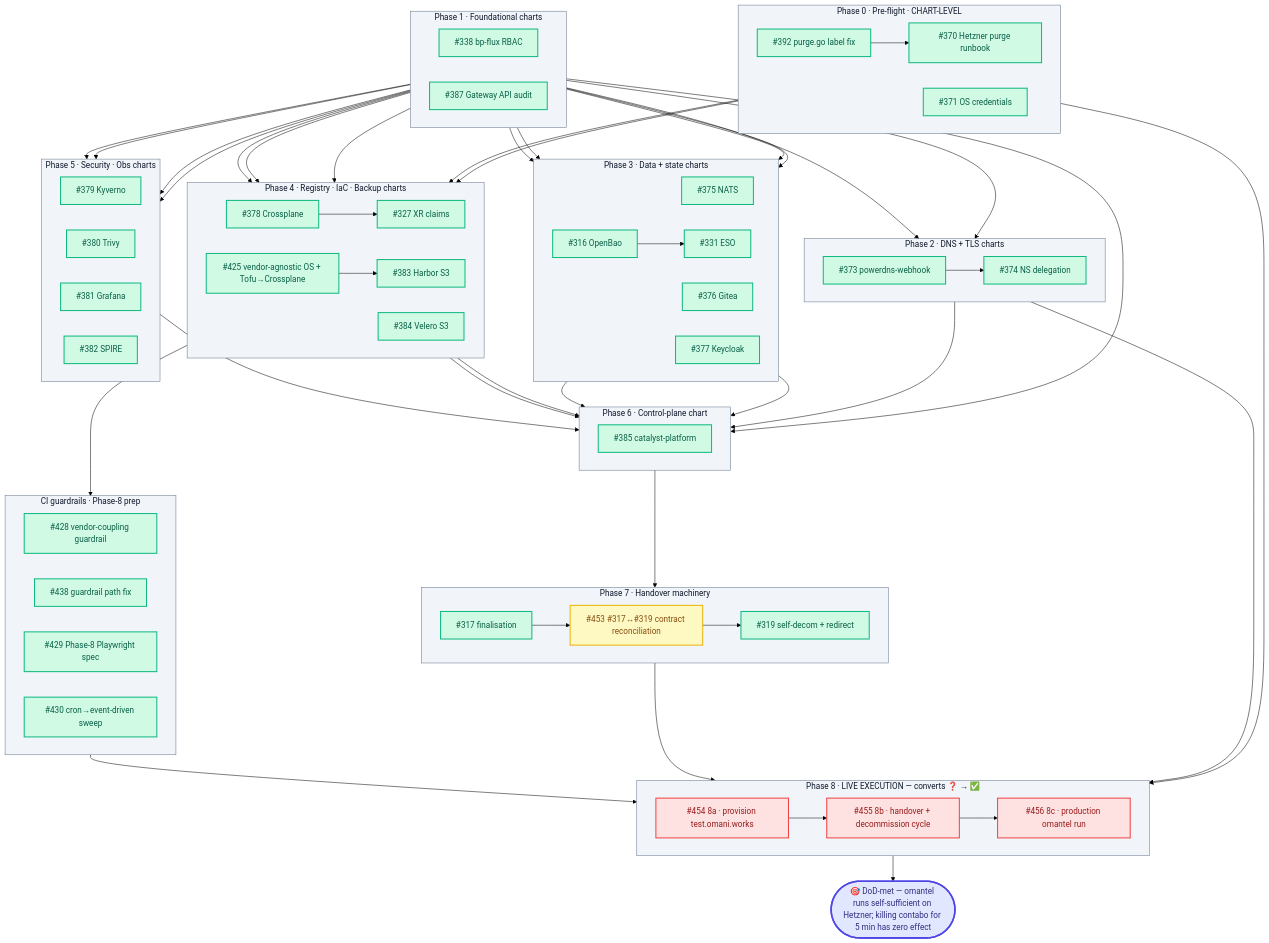
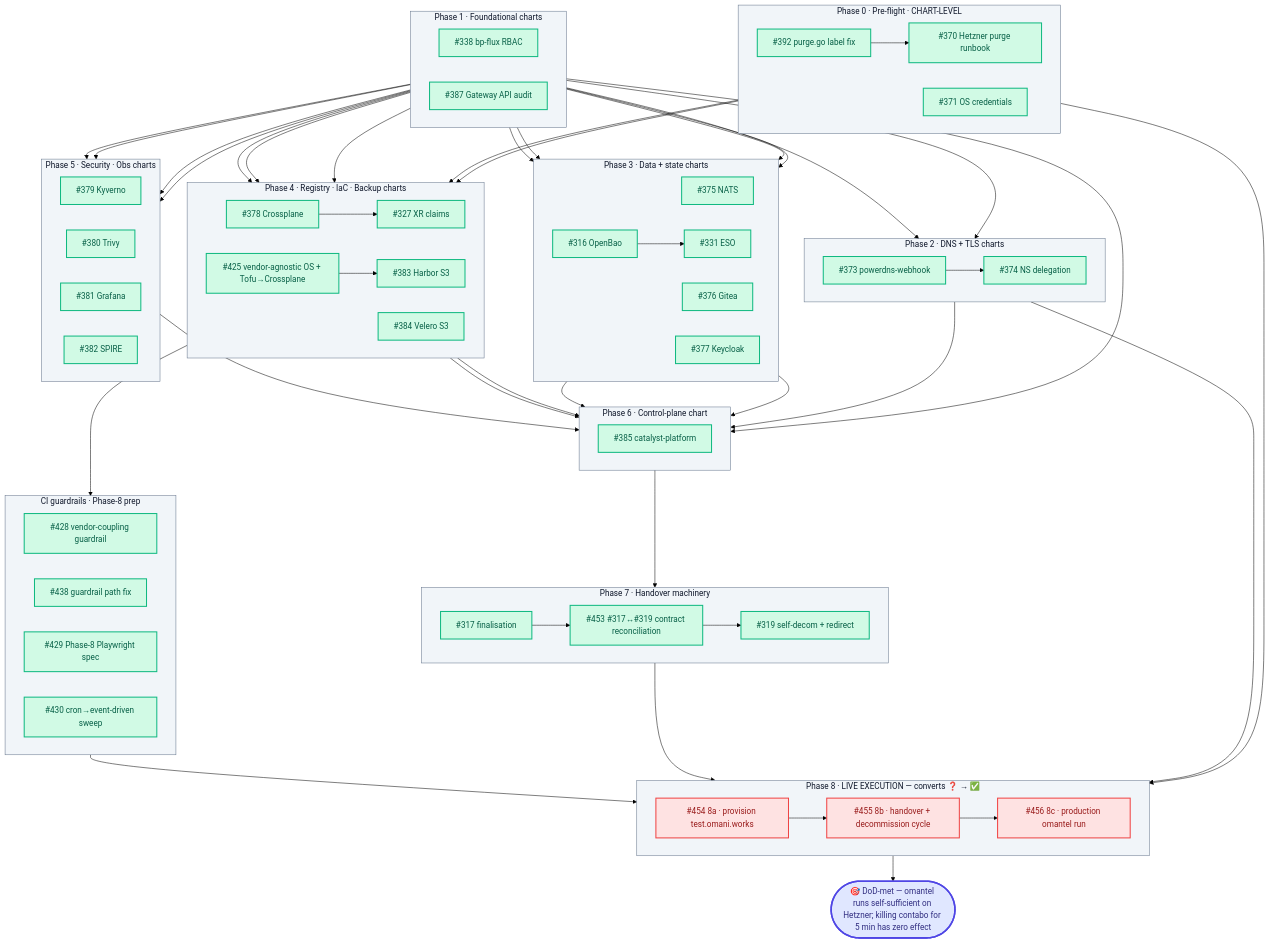
One commit to openova-io/openova changed the diagram in docs/omantel-handover-wbs.md. Above: the diagram before and after it, drawn with Mermaid (forest theme). The commit also changed other lines of this file and 3 other files, not shown here.

```diff
--- a/docs/omantel-handover-wbs.md
+++ b/docs/omantel-handover-wbs.md
@@ -240,8 +240,7 @@
     T456 --> DOD
 
     class PH0,PH1,PH2,PH3,PH4,PH5,PH6,PH7,PH8,SCAF phase
-    class T316,T317,T319,T327,T331,T338,T370,T371,T373,T374,T375,T376,T377,T378,T379,T380,T381,T382,T383,T384,T385,T387,T392,T425,T428,T429,T430,T438 done
-    class T453 wip
+    class T316,T317,T319,T327,T331,T338,T370,T371,T373,T374,T375,T376,T377,T378,T379,T380,T381,T382,T383,T384,T385,T387,T392,T425,T428,T429,T430,T438,T453 done
     class T454,T455,T456 blocked
 
     %% Clickable ticket numbers
```
